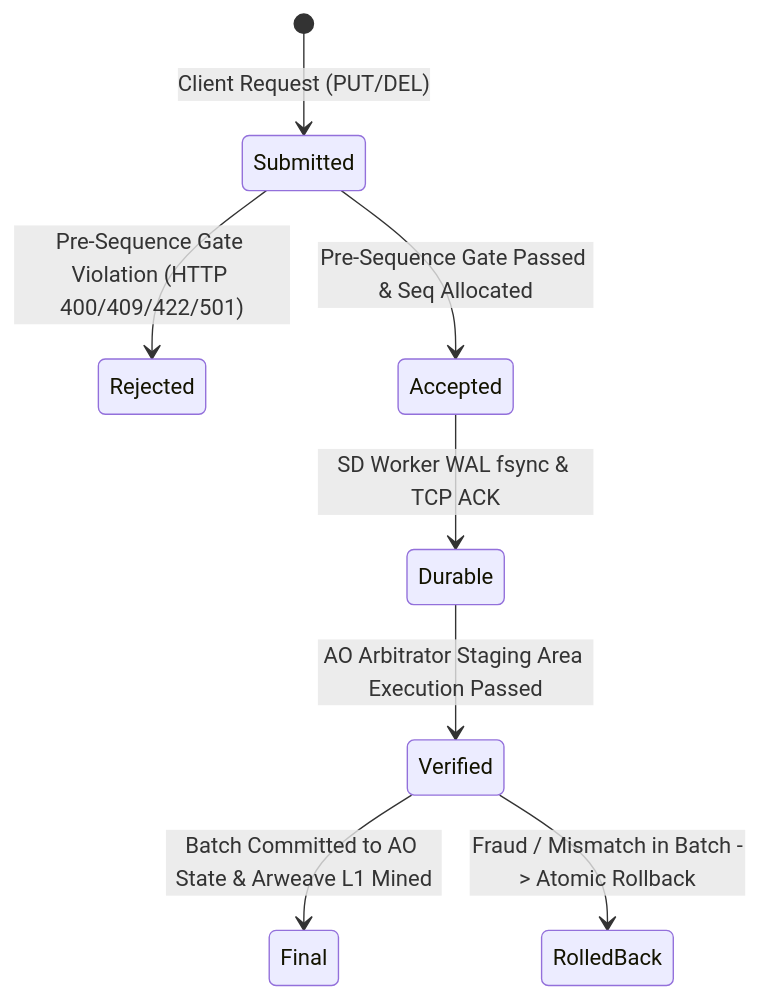
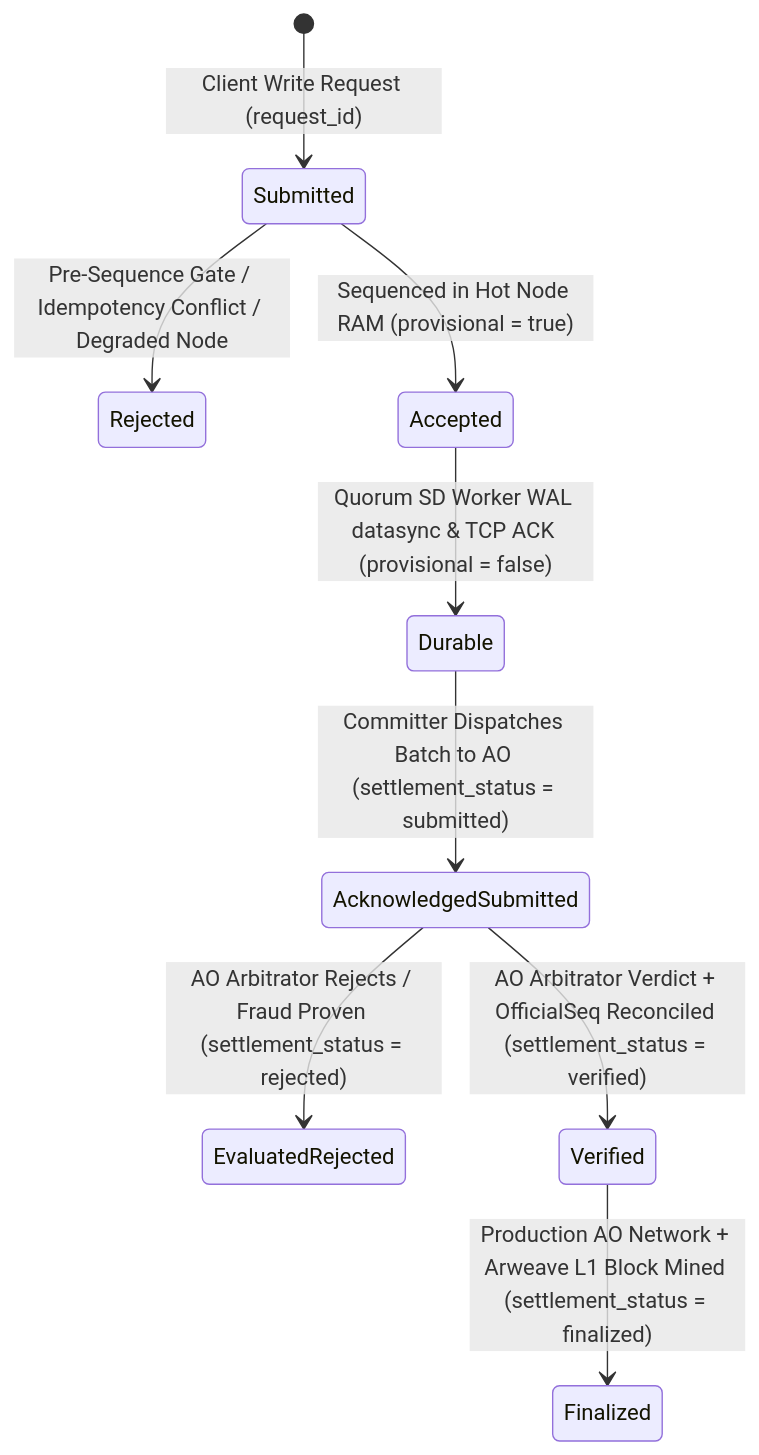
Before and after one commit to Wesslurr/database-stack-on-permaweb: the diagram in docs/PROTOCOL_AND_FAILURE_MODEL.md, drawn with Mermaid. The commit also changed other lines of this file and 4 other files, not shown here.

````diff
--- a/docs/PROTOCOL_AND_FAILURE_MODEL.md
+++ b/docs/PROTOCOL_AND_FAILURE_MODEL.md
@@ -29,10 +34,11 @@
 ```mermaid
 stateDiagram-v2
-    [*] --> Submitted: Client Request (PUT/DEL)
-    Submitted --> Rejected: Pre-Sequence Gate Violation (HTTP 400/409/422/501)
-    Submitted --> Accepted: Pre-Sequence Gate Passed & Seq Allocated
-    Accepted --> Durable: SD Worker WAL fsync & TCP ACK
-    Durable --> Verified: AO Arbitrator Staging Area Execution Passed
-    Verified --> Final: Batch Committed to AO State & Arweave L1 Mined
-    Verified --> RolledBack: Fraud / Mismatch in Batch -> Atomic Rollback
+    [*] --> Submitted: Client Write Request (request_id)
+    Submitted --> Rejected: Pre-Sequence Gate / Idempotency Conflict / Degraded Node
+    Submitted --> Accepted: Sequenced in Hot Node RAM (provisional = true)
+    Accepted --> Durable: Quorum SD Worker WAL datasync & TCP ACK (provisional = false)
+    Durable --> AcknowledgedSubmitted: Committer Dispatches Batch to AO (settlement_status = submitted)
+    AcknowledgedSubmitted --> EvaluatedRejected: AO Arbitrator Rejects / Fraud Proven (settlement_status = rejected)
+    AcknowledgedSubmitted --> Verified: AO Arbitrator Verdict + OfficialSeq Reconciled (settlement_status = verified)
+    Verified --> Finalized: Production AO Network + Arweave L1 Block Mined (settlement_status = finalized)
 ```
````
